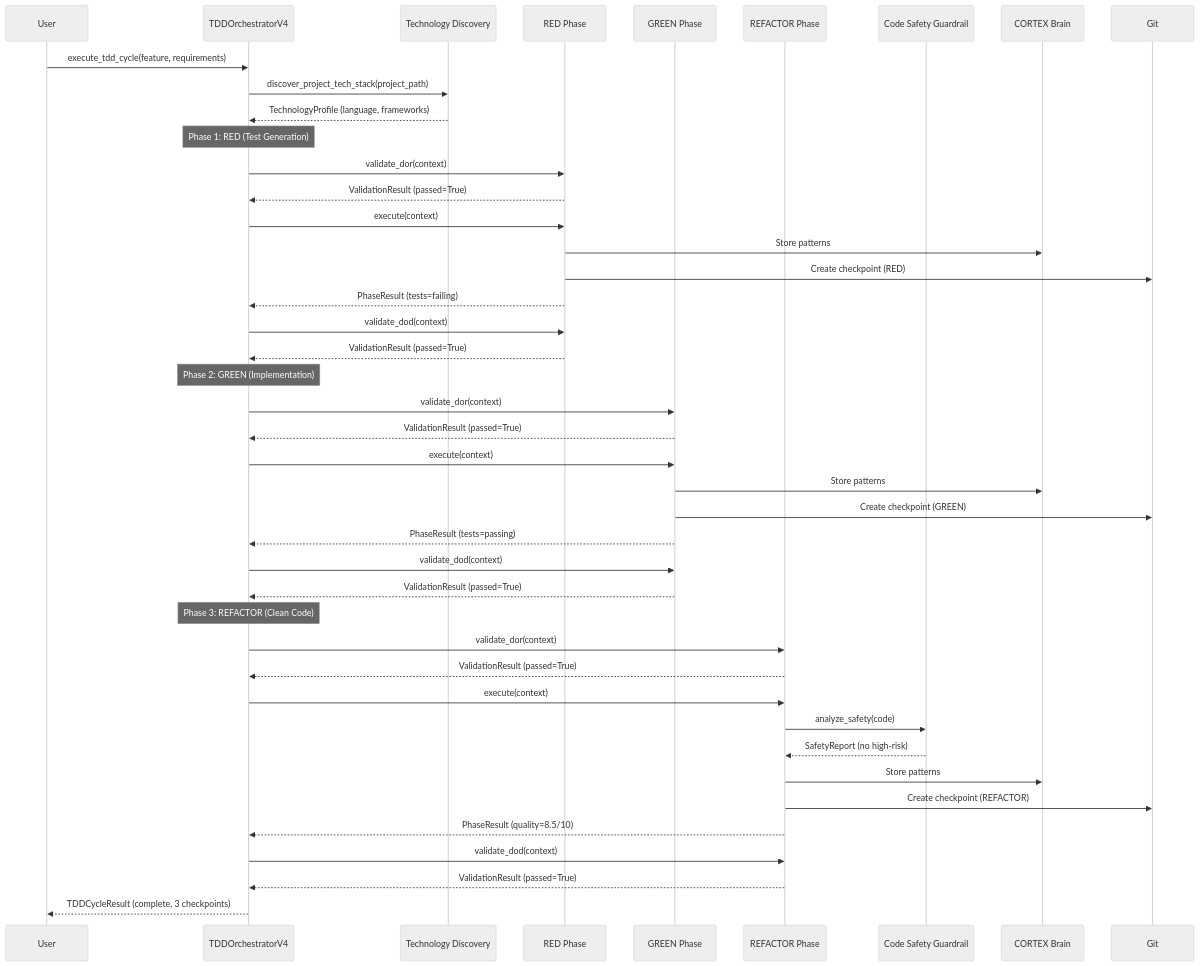
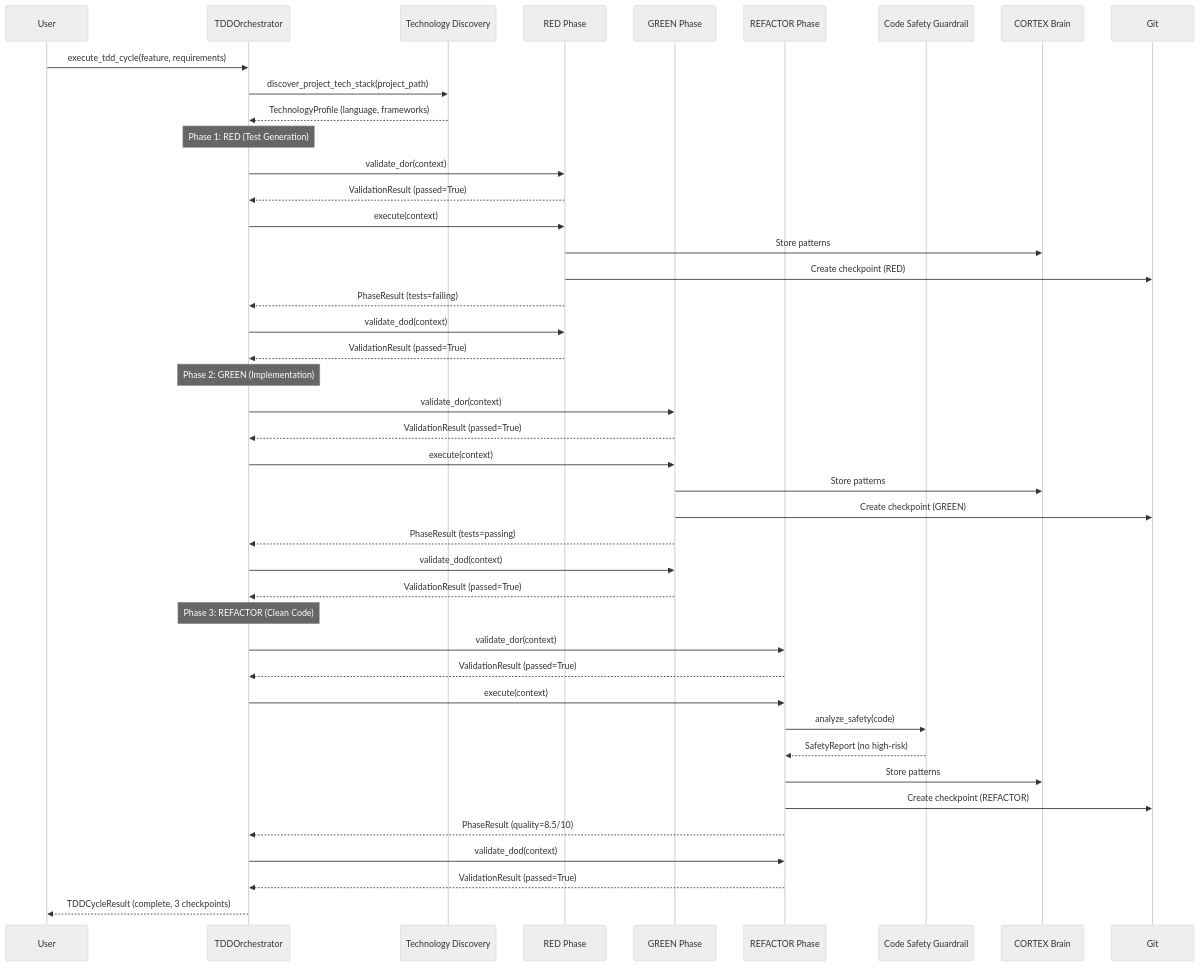
The second of 2 diagrams in cortex-brain/documents/archive/TDD-V4-ORCHESTRATOR-ARCHITECTURE.md (asifhussain60/CORTEX), drawn with Mermaid (neutral theme) before and after one commit. The commit also changed other lines of this file and 498 other files, not shown here.

````diff
--- a/cortex-brain/documents/archive/TDD-V4-ORCHESTRATOR-ARCHITECTURE.md
+++ b/cortex-brain/documents/archive/TDD-V4-ORCHESTRATOR-ARCHITECTURE.md
@@ -410,50 +410,50 @@
 ```mermaid
 sequenceDiagram
     participant User
-    participant Orchestrator as TDDOrchestratorV4
+    participant Orchestrator as TDDOrchestrator
     participant Tech as Technology Discovery
     participant Red as RED Phase
     participant Green as GREEN Phase
     participant Refactor as REFACTOR Phase
     participant Safety as Code Safety Guardrail
     participant Brain as CORTEX Brain
     participant Git
     
     User->>Orchestrator: execute_tdd_cycle(feature, requirements)
     Orchestrator->>Tech: discover_project_tech_stack(project_path)
     Tech-->>Orchestrator: TechnologyProfile (language, frameworks)
     
     Note over Orchestrator: Phase 1: RED (Test Generation)
     Orchestrator->>Red: validate_dor(context)
     Red-->>Orchestrator: ValidationResult (passed=True)
     Orchestrator->>Red: execute(context)
     Red->>Brain: Store patterns
     Red->>Git: Create checkpoint (RED)
     Red-->>Orchestrator: PhaseResult (tests=failing)
     Orchestrator->>Red: validate_dod(context)
     Red-->>Orchestrator: ValidationResult (passed=True)
     
     Note over Orchestrator: Phase 2: GREEN (Implementation)
     Orchestrator->>Green: validate_dor(context)
     Green-->>Orchestrator: ValidationResult (passed=True)
     Orchestrator->>Green: execute(context)
     Green->>Brain: Store patterns
     Green->>Git: Create checkpoint (GREEN)
     Green-->>Orchestrator: PhaseResult (tests=passing)
     Orchestrator->>Green: validate_dod(context)
     Green-->>Orchestrator: ValidationResult (passed=True)
     
     Note over Orchestrator: Phase 3: REFACTOR (Clean Code)
     Orchestrator->>Refactor: validate_dor(context)
     Refactor-->>Orchestrator: ValidationResult (passed=True)
     Orchestrator->>Refactor: execute(context)
     Refactor->>Safety: analyze_safety(code)
     Safety-->>Refactor: SafetyReport (no high-risk)
     Refactor->>Brain: Store patterns
     Refactor->>Git: Create checkpoint (REFACTOR)
     Refactor-->>Orchestrator: PhaseResult (quality=8.5/10)
     Orchestrator->>Refactor: validate_dod(context)
     Refactor-->>Orchestrator: ValidationResult (passed=True)
     
     Orchestrator-->>User: TDDCycleResult (complete, 3 checkpoints)
 ```
````
